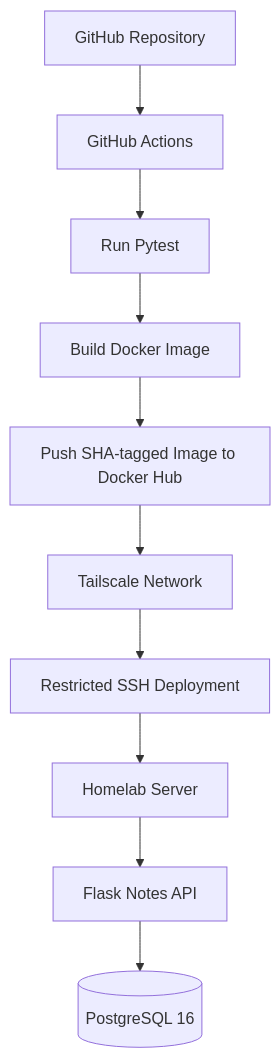
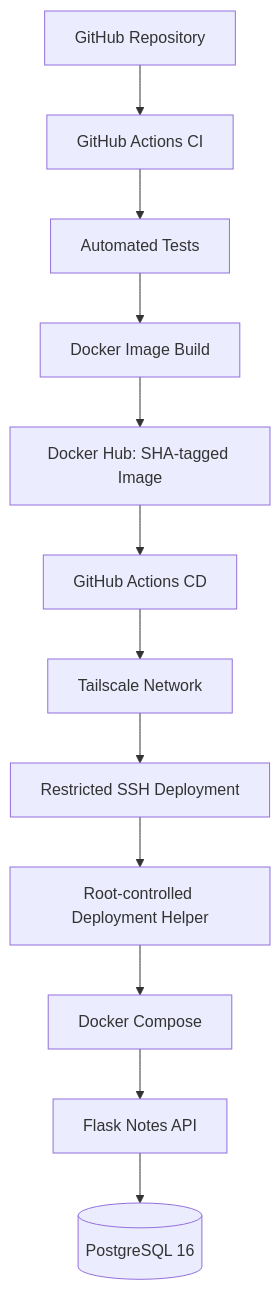
One commit to SufiyanKhanCloud/homelab-devops-labs changed the diagram in labs/05-docker-compose/README.md. Above: the diagram before and after it, drawn with Mermaid. The commit also changed other lines of this file, not shown here.

Commit message:
docs: update Docker Compose lab documentation

````diff
--- a/labs/05-docker-compose/README.md
+++ b/labs/05-docker-compose/README.md
@@ -11,12 +11,14 @@
 ```mermaid
 flowchart TD
-    A[GitHub Repository] --> B[GitHub Actions]
-    B --> C[Run Pytest]
-    C --> D[Build Docker Image]
-    D --> E[Push SHA-tagged Image to Docker Hub]
-    E --> F[Tailscale Network]
-    F --> G[Restricted SSH Deployment]
-    G --> H[Homelab Server]
-    H --> I[Flask Notes API]
-    I --> J[(PostgreSQL 16)]
+    A[GitHub Repository] --> B[GitHub Actions CI]
+    B --> C[Automated Tests]
+    C --> D[Docker Image Build]
+    D --> E[Docker Hub: SHA-tagged Image]
+    E --> F[GitHub Actions CD]
+    F --> G[Tailscale Network]
+    G --> H[Restricted SSH Deployment]
+    H --> I[Root-controlled Deployment Helper]
+    I --> J[Docker Compose]
+    J --> K[Flask Notes API]
+    K --> L[(PostgreSQL 16)]
 ```
````
